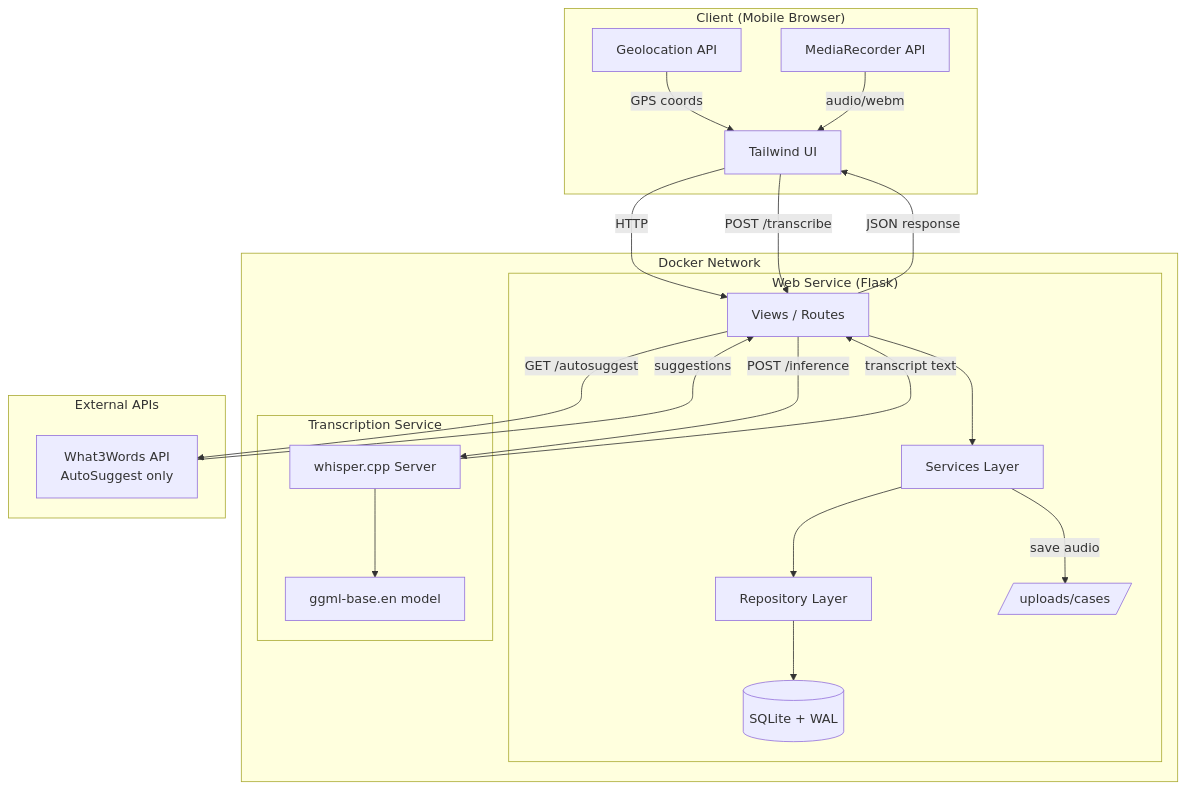
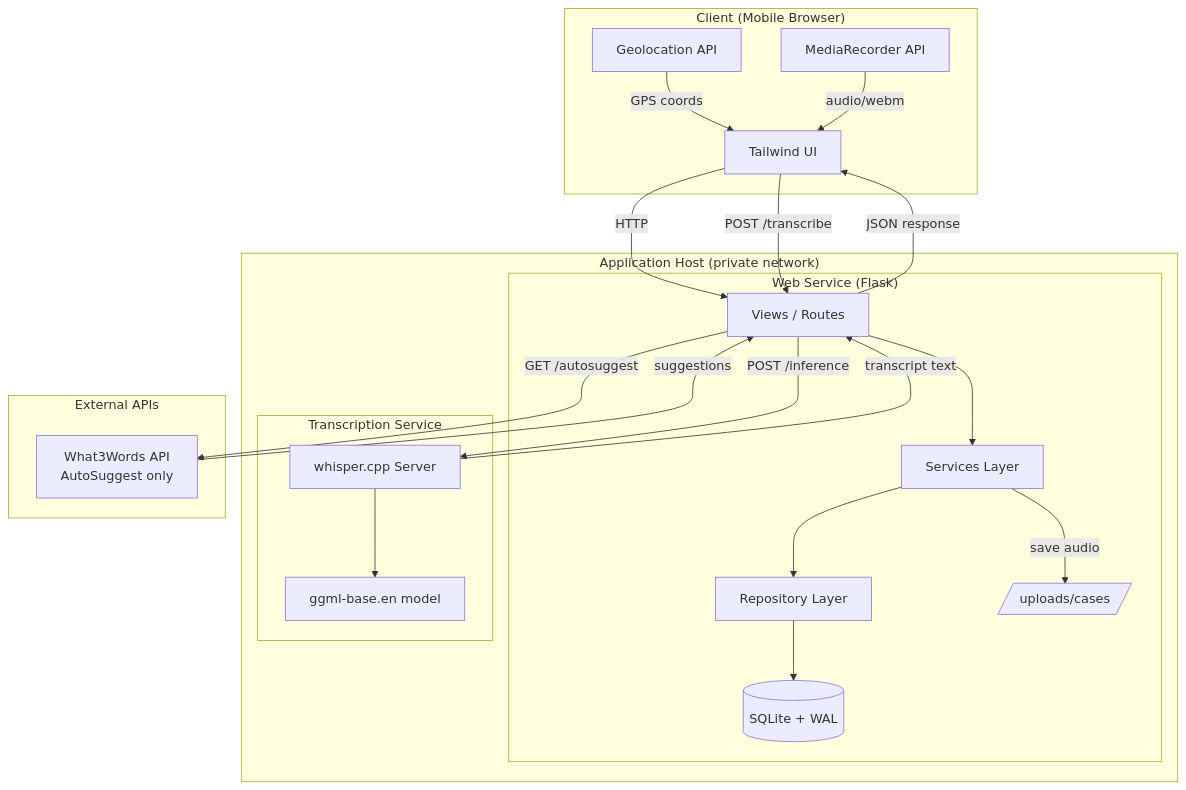
One commit to enkaypeter/quick-capture changed the first of 6 diagrams in docs/architecture.md. Above: the diagram before and after it, drawn with Mermaid. The commit also changed other lines of this file and 65 other files, not shown here.

````diff
--- a/docs/architecture.md
+++ b/docs/architecture.md
@@ -12,43 +12,43 @@
 ```mermaid
 graph TB
     subgraph Client["Client (Mobile Browser)"]
         UI[Tailwind UI]
         GEO[Geolocation API]
         MIC[MediaRecorder API]
     end
 
-    subgraph Docker["Docker Network"]
+    subgraph Host["Application Host (private network)"]
         subgraph Web["Web Service (Flask)"]
             VIEWS[Views / Routes]
             SERVICES[Services Layer]
             REPOS[Repository Layer]
             DB[(SQLite + WAL)]
             UPLOADS[/uploads/cases/]
         end
 
         subgraph Transcriber["Transcription Service"]
             WHISPER[whisper.cpp Server]
             MODEL[ggml-base.en model]
         end
     end
 
     subgraph External["External APIs"]
         W3W[What3Words API<br/>AutoSuggest only]
     end
 
     UI -->|HTTP| VIEWS
     GEO -->|GPS coords| UI
     MIC -->|audio/webm| UI
 
     VIEWS --> SERVICES
     SERVICES --> REPOS
     REPOS --> DB
     SERVICES -->|save audio| UPLOADS
     UI -->|POST /transcribe| VIEWS
     VIEWS -->|POST /inference| WHISPER
     WHISPER --> MODEL
     WHISPER -->|transcript text| VIEWS
     VIEWS -->|JSON response| UI
     VIEWS -->|GET /autosuggest| W3W
     W3W -->|suggestions| VIEWS
 ```
````
